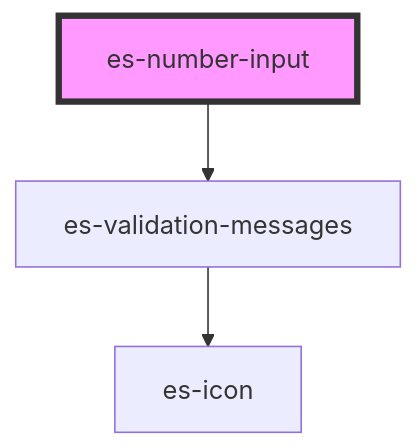
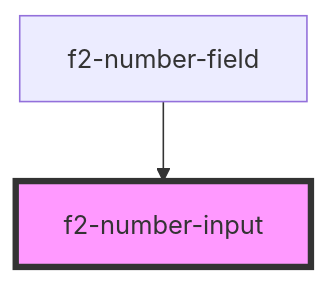
One commit to EventStore/Design-System changed the diagram in packages/fields-v2/src/components/text/number/readme.md. Above: the diagram before and after it, drawn with Mermaid. The commit also changed other lines of this file and 9 other files, not shown here.

````diff
--- a/packages/fields-v2/src/components/text/number/readme.md
+++ b/packages/fields-v2/src/components/text/number/readme.md
@@ -118,6 +117,5 @@
 ```mermaid
 graph TD;
-  es-number-input --> es-validation-messages
-  es-validation-messages --> es-icon
-  style es-number-input fill:#f9f,stroke:#333,stroke-width:4px
+  f2-number-field --> f2-number-input
+  style f2-number-input fill:#f9f,stroke:#333,stroke-width:4px
 ```
````
